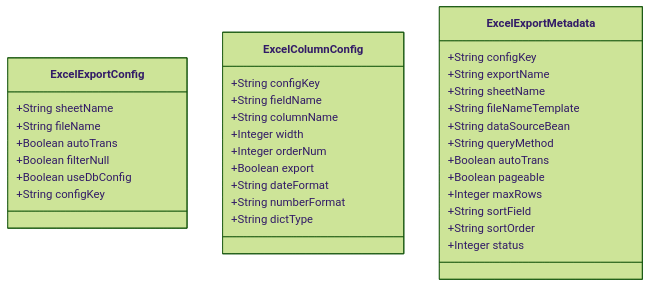
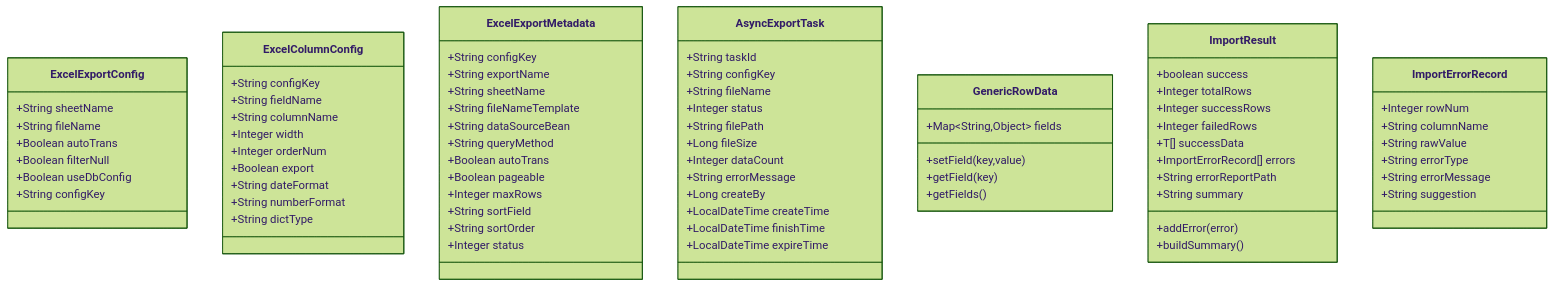
Before and after one commit to yaomindong1996/forge-admin: the fourth of 16 diagrams in .qoder/repowiki/zh/content/核心功能模块/Excel处理功能/Excel处理功能.md, drawn with Mermaid (forest theme). The commit also changed other lines of this file and 37 other files, not shown here.

````diff
--- a/.qoder/repowiki/zh/content/核心功能模块/Excel处理功能/Excel处理功能.md
+++ b/.qoder/repowiki/zh/content/核心功能模块/Excel处理功能/Excel处理功能.md
@@ -168,36 +246,76 @@
 ```mermaid
 classDiagram
 class ExcelExportConfig {
 +String sheetName
 +String fileName
 +Boolean autoTrans
 +Boolean filterNull
 +Boolean useDbConfig
 +String configKey
 }
 class ExcelColumnConfig {
 +String configKey
 +String fieldName
 +String columnName
 +Integer width
 +Integer orderNum
 +Boolean export
 +String dateFormat
 +String numberFormat
 +String dictType
 }
 class ExcelExportMetadata {
 +String configKey
 +String exportName
 +String sheetName
 +String fileNameTemplate
 +String dataSourceBean
 +String queryMethod
 +Boolean autoTrans
 +Boolean pageable
 +Integer maxRows
 +String sortField
 +String sortOrder
 +Integer status
 }
+class AsyncExportTask {
++String taskId
++String configKey
++String fileName
++Integer status
++String filePath
++Long fileSize
++Integer dataCount
++String errorMessage
++Long createBy
++LocalDateTime createTime
++LocalDateTime finishTime
++LocalDateTime expireTime
+}
+class GenericRowData {
++Map~String,Object~ fields
++setField(key,value)
++getField(key)
++getFields()
+}
+class ImportResult {
++boolean success
++Integer totalRows
++Integer successRows
++Integer failedRows
++T[] successData
++ImportErrorRecord[] errors
++String errorReportPath
++String summary
++addError(error)
++buildSummary()
+}
+class ImportErrorRecord {
++Integer rowNum
++String columnName
++String rawValue
++String errorType
++String errorMessage
++String suggestion
+}
 ```
````
